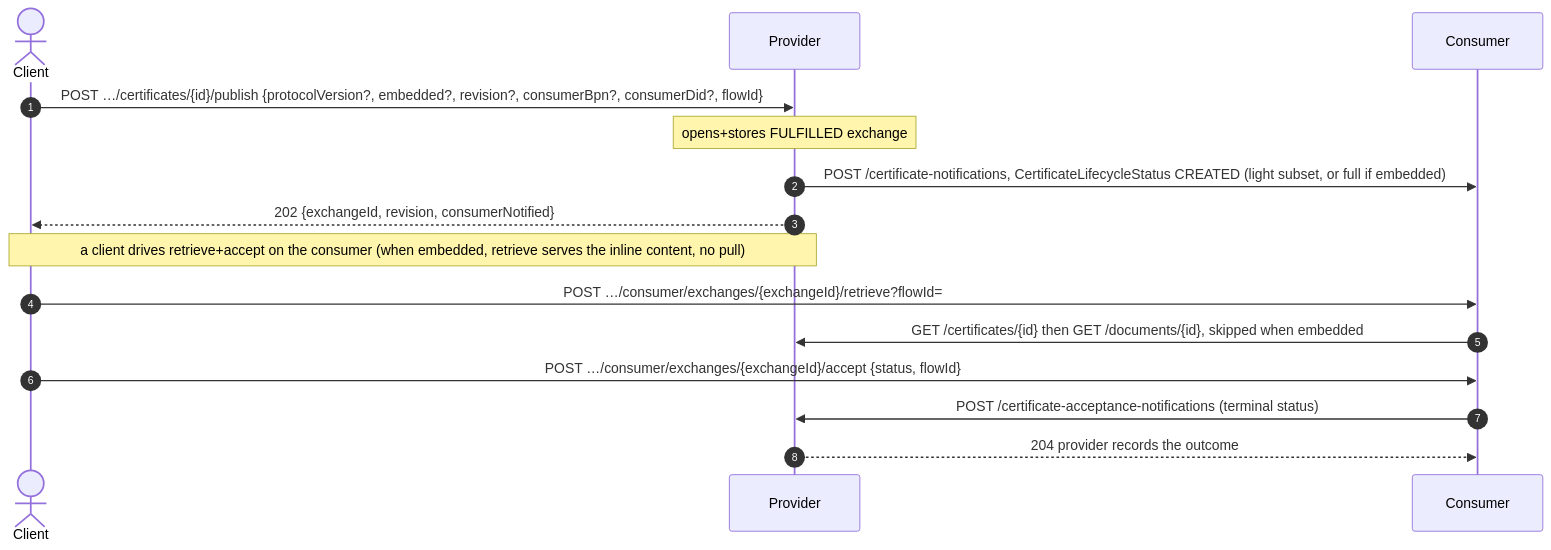
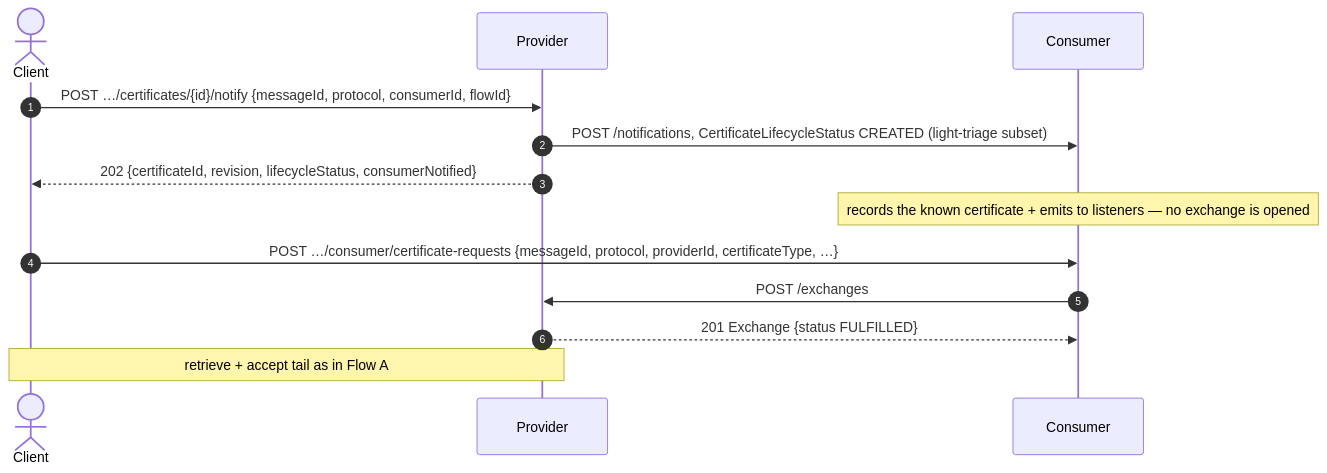
The third of 5 diagrams in docs/FLOWS.md (Metaform/certo), drawn with Mermaid before and after one commit. The commit also changed other lines of this file and 163 other files, not shown here.

````diff
--- a/docs/FLOWS.md
+++ b/docs/FLOWS.md
@@ -143,17 +148,15 @@
 ```mermaid
 sequenceDiagram
     autonumber
     actor T as Client
     participant P as Provider
     participant C as Consumer
-    T->>P: POST …/certificates/{id}/publish {protocolVersion?, embedded?, revision?, consumerBpn?, consumerDid?, flowId}
-    Note over P: opens+stores FULFILLED exchange
-    P->>C: POST /certificate-notifications, CertificateLifecycleStatus CREATED (light subset, or full if embedded)
-    P-->>T: 202 {exchangeId, revision, consumerNotified}
-    Note over T,P: a client drives retrieve+accept on the consumer (when embedded, retrieve serves the inline content, no pull)
-    T->>C: POST …/consumer/exchanges/{exchangeId}/retrieve?flowId=
-    C->>P: GET /certificates/{id} then GET /documents/{id}, skipped when embedded
-    T->>C: POST …/consumer/exchanges/{exchangeId}/accept {status, flowId}
-    C->>P: POST /certificate-acceptance-notifications (terminal status)
-    P-->>C: 204 provider records the outcome
+    T->>P: POST …/certificates/{id}/notify {messageId, protocol, consumerId, flowId}
+    P->>C: POST /notifications, CertificateLifecycleStatus CREATED (light-triage subset)
+    P-->>T: 202 {certificateId, revision, lifecycleStatus, consumerNotified}
+    Note over C: records the known certificate + emits to listeners — no exchange is opened
+    T->>C: POST …/consumer/certificate-requests {messageId, protocol, providerId, certificateType, …}
+    C->>P: POST /exchanges
+    P-->>C: 201 Exchange {status FULFILLED}
+    Note over T,P: retrieve + accept tail as in Flow A
 ```
````
